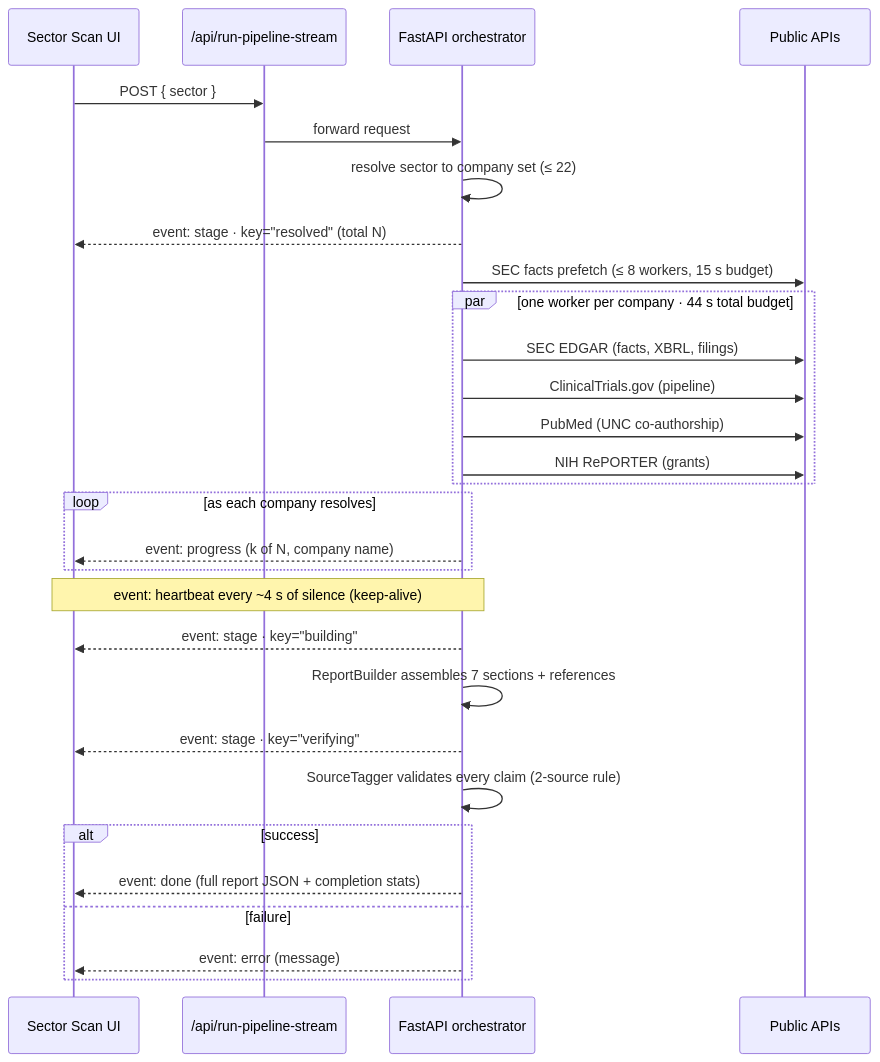
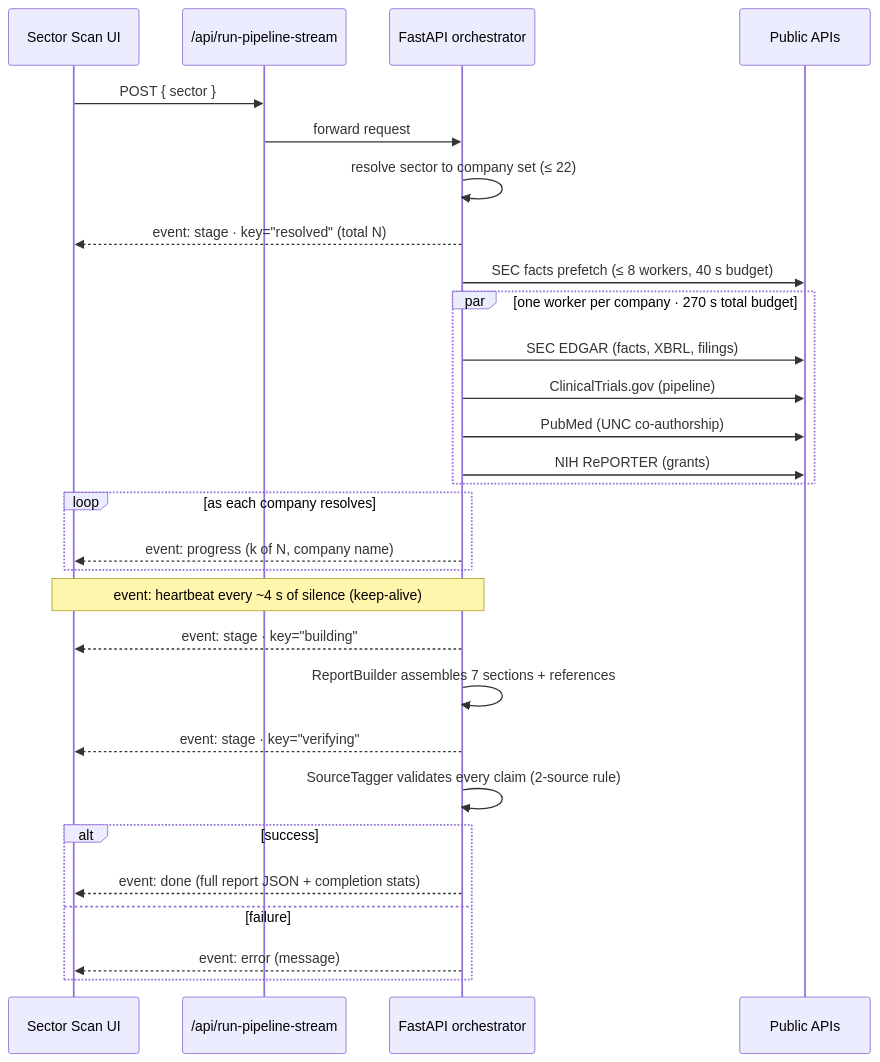
Before and after one commit to AidanColvin/map-elt-research-graph-3: the sixth of 16 diagrams in README.md, drawn with Mermaid. The commit also changed other lines of this file, not shown here.

````diff
--- a/README.md
+++ b/README.md
@@ -252,32 +260,32 @@
 ```mermaid
 sequenceDiagram
     participant UI as Sector Scan UI
     participant PX as /api/run-pipeline-stream
     participant OR as FastAPI orchestrator
     participant API as Public APIs
 
     UI->>PX: POST { sector }
     PX->>OR: forward request
     OR->>OR: resolve sector to company set (≤ 22)
     OR-->>UI: event: stage · key="resolved" (total N)
-    OR->>API: SEC facts prefetch (≤ 8 workers, 15 s budget)
-    par one worker per company · 44 s total budget
+    OR->>API: SEC facts prefetch (≤ 8 workers, 40 s budget)
+    par one worker per company · 270 s total budget
         OR->>API: SEC EDGAR (facts, XBRL, filings)
         OR->>API: ClinicalTrials.gov (pipeline)
         OR->>API: PubMed (UNC co-authorship)
         OR->>API: NIH RePORTER (grants)
     end
     loop as each company resolves
         OR-->>UI: event: progress (k of N, company name)
     end
     Note over OR,UI: event: heartbeat every ~4 s of silence (keep-alive)
     OR-->>UI: event: stage · key="building"
     OR->>OR: ReportBuilder assembles 7 sections + references
     OR-->>UI: event: stage · key="verifying"
     OR->>OR: SourceTagger validates every claim (2-source rule)
     alt success
         OR-->>UI: event: done (full report JSON + completion stats)
     else failure
         OR-->>UI: event: error (message)
     end
 ```
````
